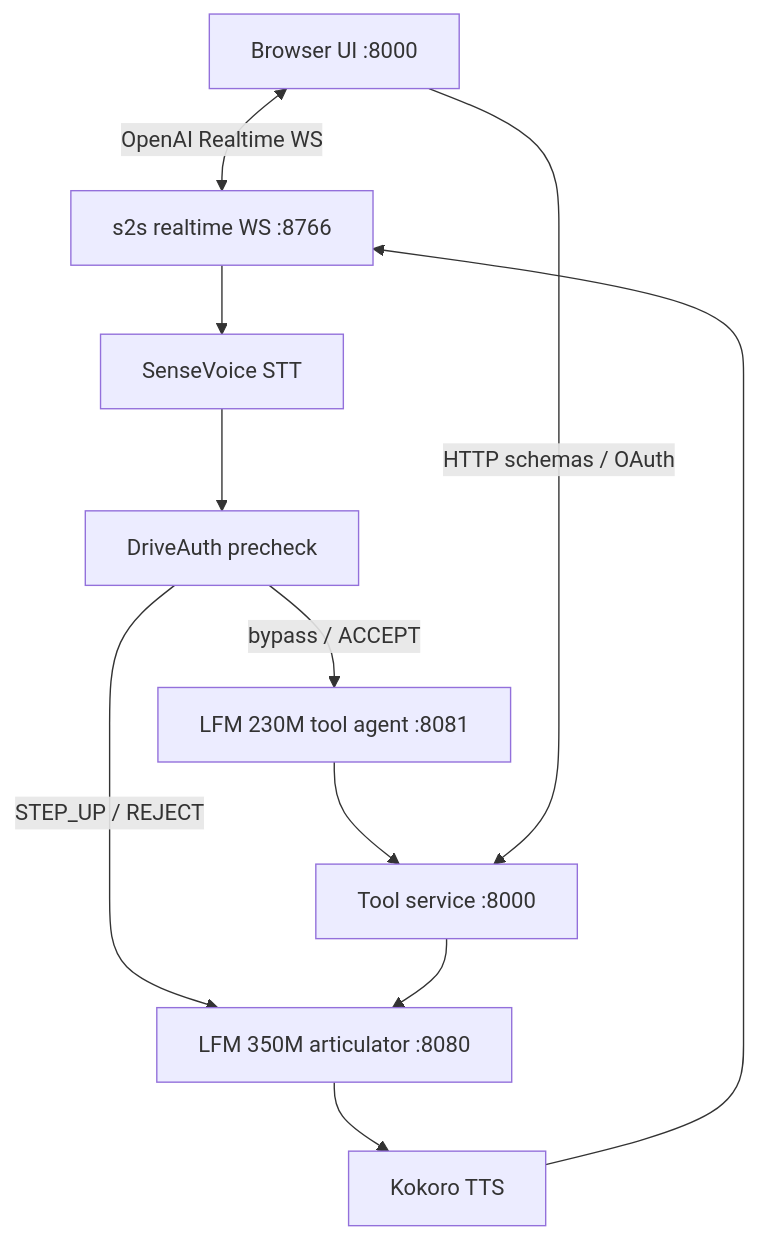
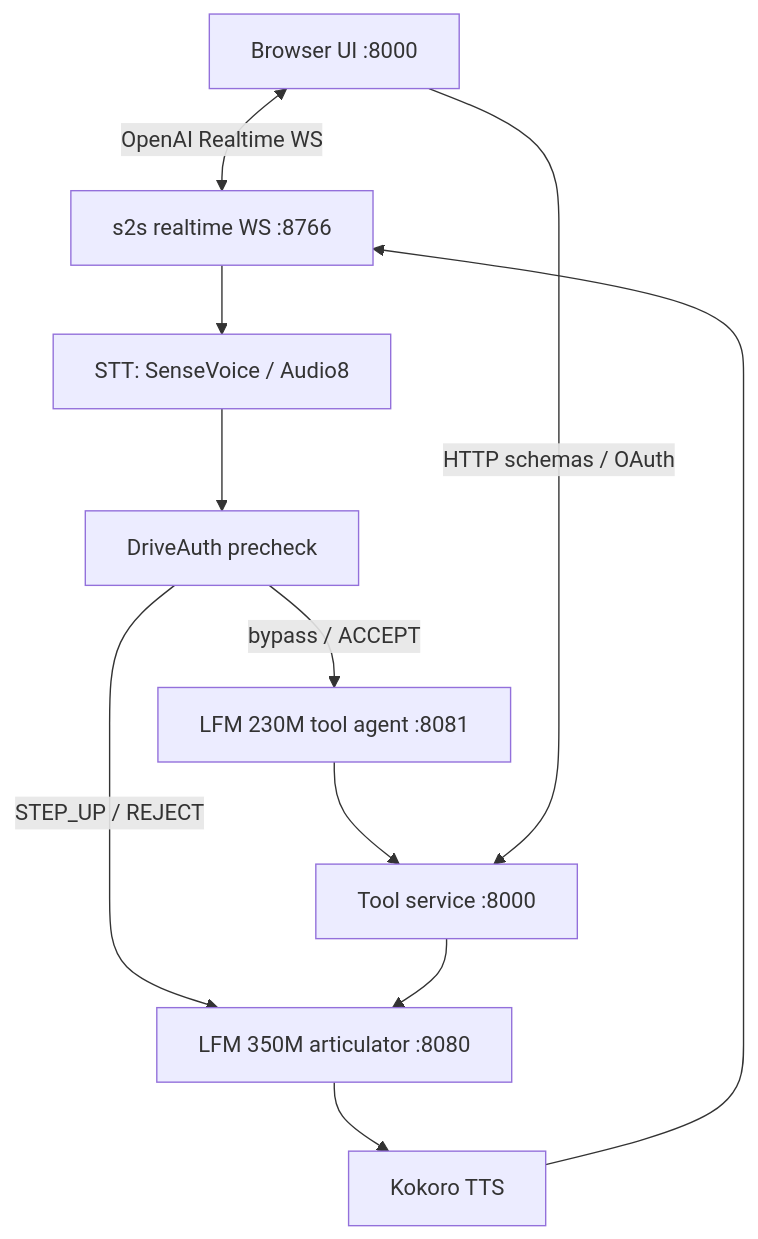
Before and after one commit to Senthi1Kumar/nova-s2s: the first of 2 diagrams in README.md, drawn with Mermaid. The commit also changed other lines of this file and 4 other files, not shown here.

````diff
--- a/README.md
+++ b/README.md
@@ -12,18 +12,18 @@
 ```mermaid
 flowchart TB
   UI["Browser UI :8000"]
   WS["s2s realtime WS :8766"]
-  STT["SenseVoice STT"]
+  STT["STT: SenseVoice / Audio8"]
   AUTH["DriveAuth precheck"]
   R230["LFM 230M tool agent :8081"]
   TOOLS["Tool service :8000"]
   S350["LFM 350M articulator :8080"]
   TTS["Kokoro TTS"]
 
   UI <-->|OpenAI Realtime WS| WS
   WS --> STT --> AUTH
   AUTH -->|bypass / ACCEPT| R230
   AUTH -->|STEP_UP / REJECT| S350
   R230 --> TOOLS --> S350 --> TTS --> WS
   UI -->|HTTP schemas / OAuth| TOOLS
 ```
````
